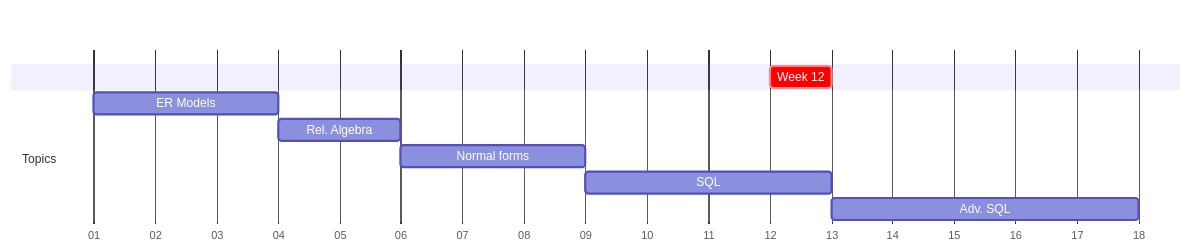
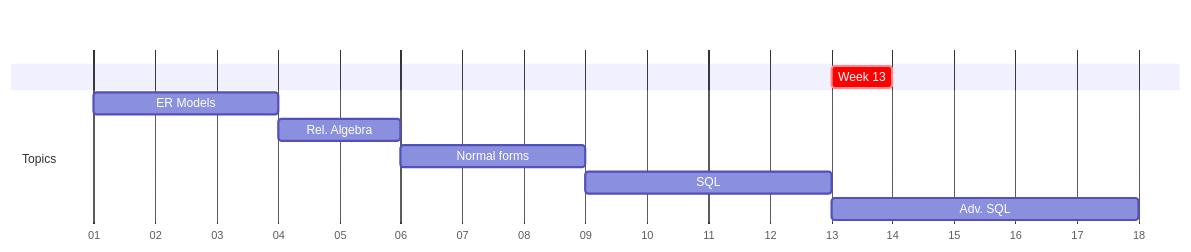
One commit to lowkeylabs/cmsc408-course-admin changed the diagram in fa2024/lectures/week-mermaid.mmd. Above: the diagram before and after it, drawn with Mermaid. The commit also changed 50 other files, not shown here.

```diff
--- a/fa2024/lectures/week-mermaid.mmd
+++ b/fa2024/lectures/week-mermaid.mmd
@@ -1,14 +1,14 @@
 
 gantt
     dateFormat  M/DD/YYYY
     axisFormat  %W
 
     section    
-    Week 12 : crit, weekblock, 3/24/2024, 1w
+    Week 13 : crit, weekblock, 3/31/2024, 1w
 
     section Topics
     ER Models : m1, 1/7/2024, 3w
     Rel. Algebra: m4, after m1, 2w
     Normal forms: m5, after m4, 3w
     SQL : m6, after m5, 4w
     Adv. SQL: m7, after m6, 5w
```
